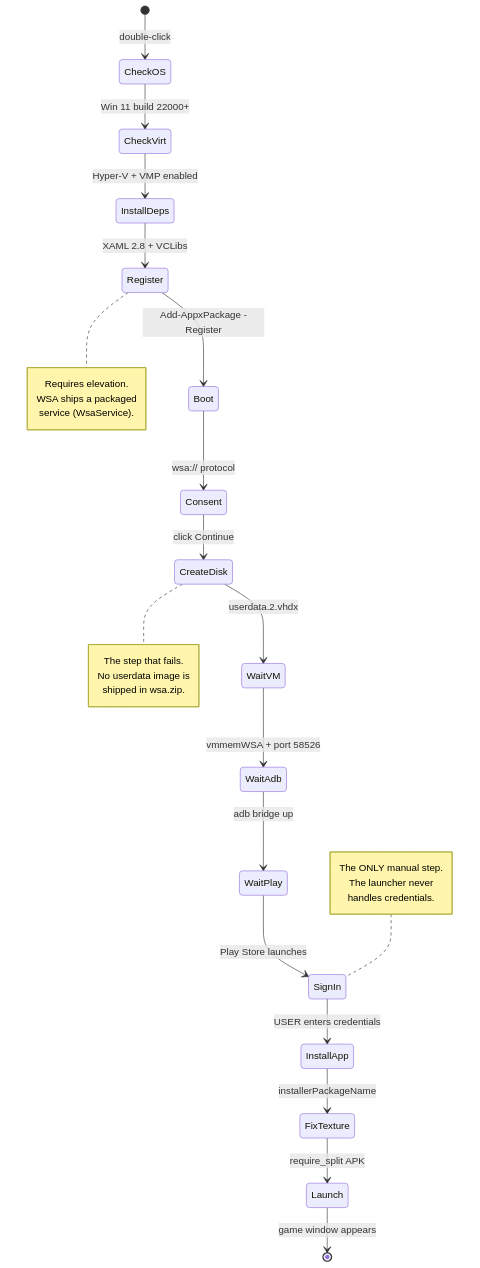
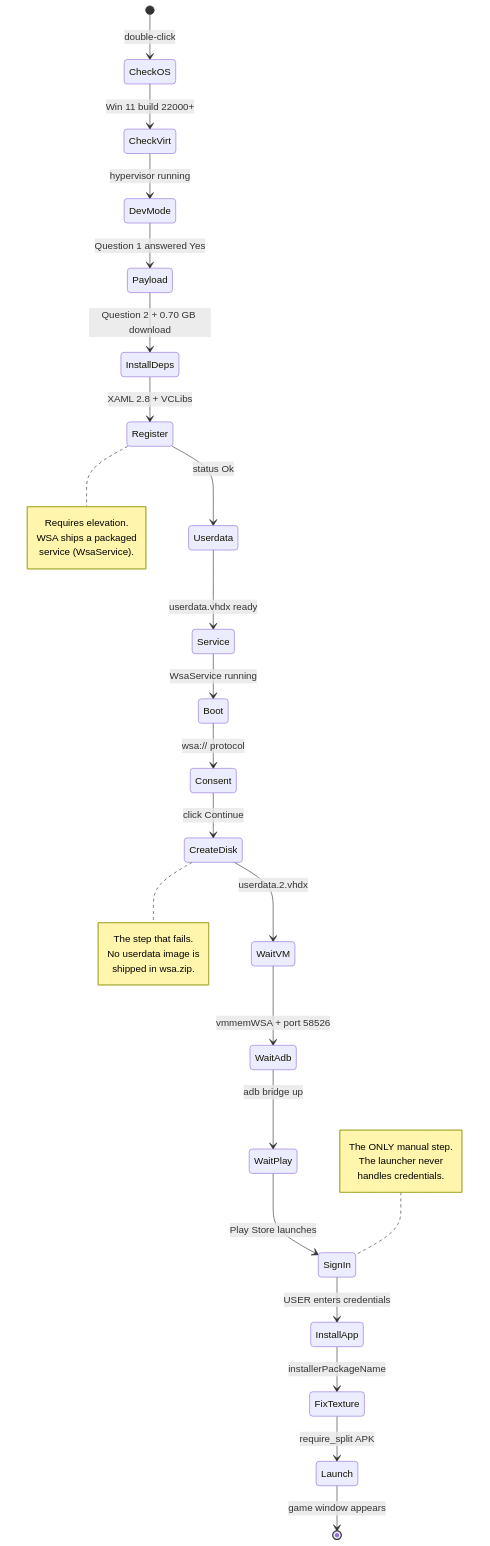
One commit to yassine808/Good-pizza-great-pizza changed the second of 2 diagrams in README.md. Above: the diagram before and after it, drawn with Mermaid. The commit also changed other lines of this file, not shown here.

Commit message:
Document the 12 checks in order and correct the two diagrams

````diff
--- a/README.md
+++ b/README.md
@@ -169,36 +206,40 @@
 ```mermaid
 stateDiagram-v2
     [*] --> CheckOS: double-click
     CheckOS --> CheckVirt: Win 11 build 22000+
-    CheckVirt --> InstallDeps: Hyper-V + VMP enabled
+    CheckVirt --> DevMode: hypervisor running
+    DevMode --> Payload: Question 1 answered Yes
+    Payload --> InstallDeps: Question 2 + 0.70 GB download
     InstallDeps --> Register: XAML 2.8 + VCLibs
-    Register --> Boot: Add-AppxPackage -Register
+    Register --> Userdata: status Ok
+    Userdata --> Service: userdata.vhdx ready
+    Service --> Boot: WsaService running
     Boot --> Consent: wsa:// protocol
     Consent --> CreateDisk: click Continue
     CreateDisk --> WaitVM: userdata.2.vhdx
     WaitVM --> WaitAdb: vmmemWSA + port 58526
     WaitAdb --> WaitPlay: adb bridge up
     WaitPlay --> SignIn: Play Store launches
     SignIn --> InstallApp: USER enters credentials
     InstallApp --> FixTexture: installerPackageName
     FixTexture --> Launch: require_split APK
     Launch --> [*]: game window appears
 
     note right of Register
         Requires elevation.
         WSA ships a packaged
         service (WsaService).
     end note
 
     note right of CreateDisk
         The step that fails.
         No userdata image is
         shipped in wsa.zip.
     end note
 
     note left of SignIn
         The ONLY manual step.
         The launcher never
         handles credentials.
     end note
 ```
````
